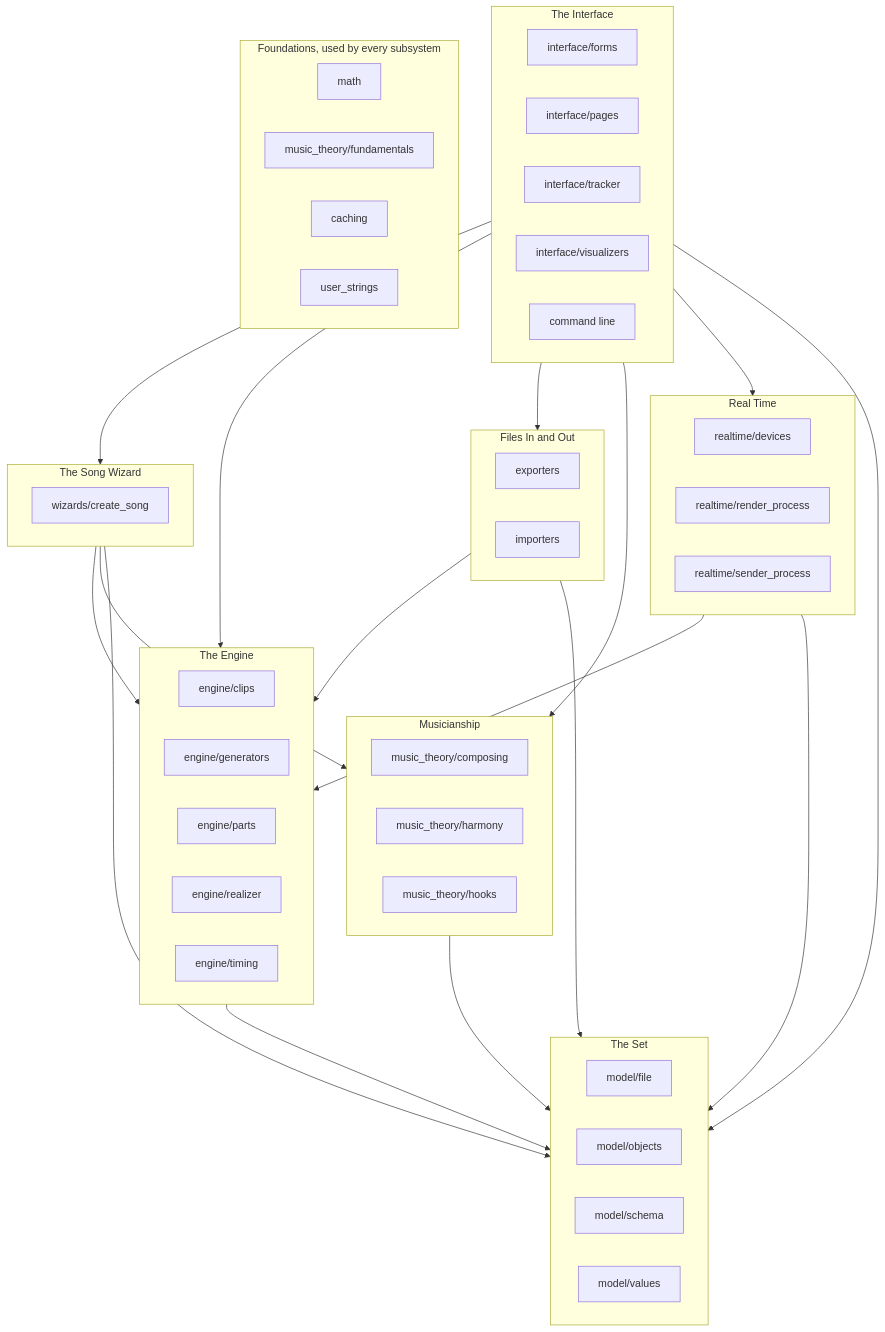
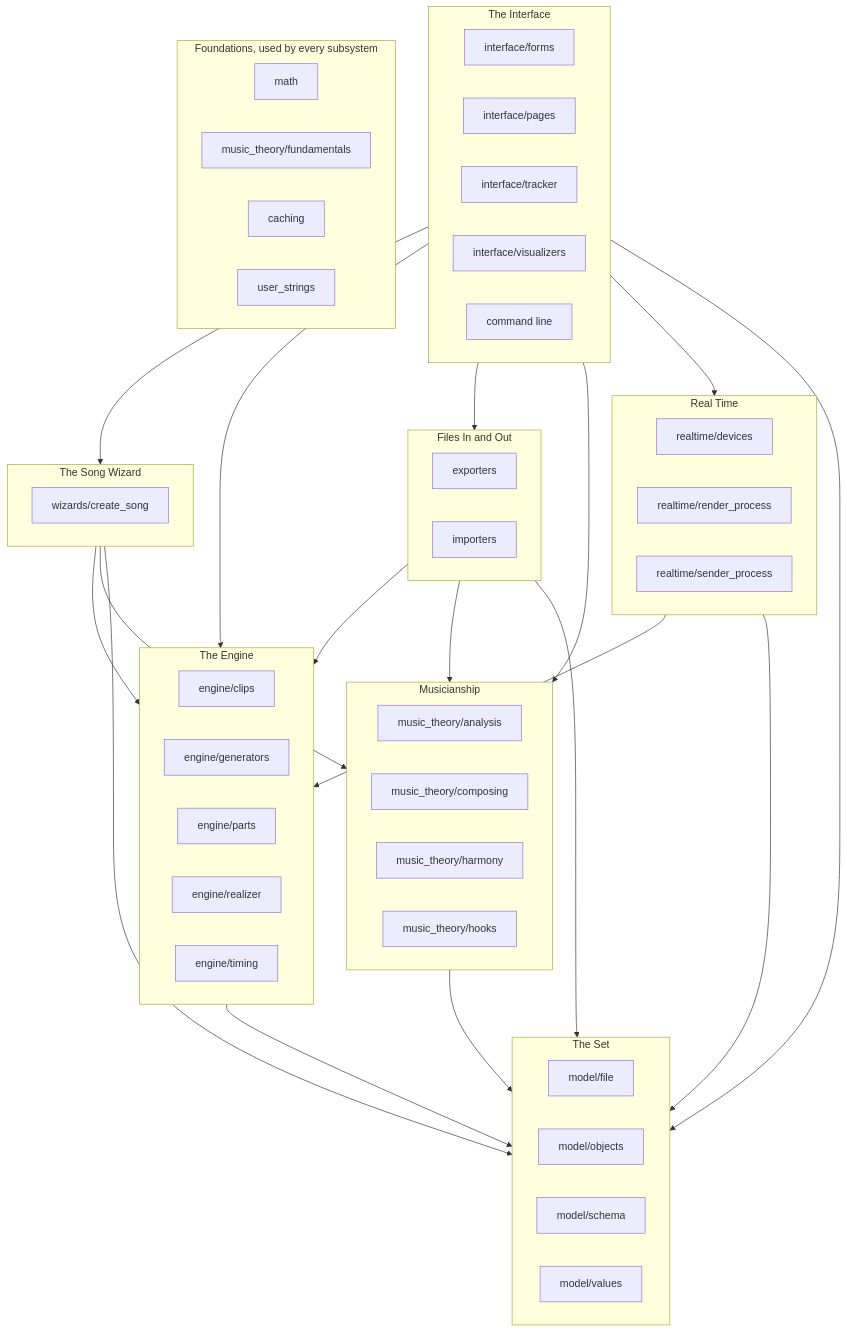
One commit to mpdehaan/llamatron changed the second of 2 diagrams in docs/ARCHITECTURE.md. Above: the diagram before and after it, drawn with Mermaid. The commit also changed other lines of this file and 8 other files, not shown here.

````diff
--- a/docs/ARCHITECTURE.md
+++ b/docs/ARCHITECTURE.md
@@ -96,61 +96,63 @@
 ```mermaid
 flowchart TD
     subgraph set ["The Set"]
     model_file["model/file"]
     model_objects["model/objects"]
     model_schema["model/schema"]
     model_values["model/values"]
     end
     subgraph musicianship ["Musicianship"]
+    music_theory_analysis["music_theory/analysis"]
     music_theory_composing["music_theory/composing"]
     music_theory_harmony["music_theory/harmony"]
     music_theory_hooks["music_theory/hooks"]
     end
     subgraph engine ["The Engine"]
     engine_clips["engine/clips"]
     engine_generators["engine/generators"]
     engine_parts["engine/parts"]
     engine_realizer["engine/realizer"]
     engine_timing["engine/timing"]
     end
     subgraph files ["Files In and Out"]
     exporters_exporters["exporters"]
     importers_importers["importers"]
     end
     subgraph realtime ["Real Time"]
     realtime_devices["realtime/devices"]
     realtime_render_process["realtime/render_process"]
     realtime_sender_process["realtime/sender_process"]
     end
     subgraph composer ["The Song Wizard"]
     wizards_create_song["wizards/create_song"]
     end
     subgraph interface ["The Interface"]
     interface_forms["interface/forms"]
     interface_pages["interface/pages"]
     interface_tracker["interface/tracker"]
     interface_visualizers["interface/visualizers"]
     llamatron_llamatron["command line"]
     end
     subgraph foundations ["Foundations, used by every subsystem"]
     math_math["math"]
     music_theory_fundamentals["music_theory/fundamentals"]
     caching_caching["caching"]
     user_strings_user_strings["user_strings"]
     end
     composer --> engine
     composer --> musicianship
     composer --> set
     engine --> set
     files --> engine
+    files --> musicianship
     files --> set
     interface --> composer
     interface --> engine
     interface --> files
     interface --> musicianship
     interface --> realtime
     interface --> set
     musicianship --> set
     realtime --> engine
     realtime --> set
 ```
````
